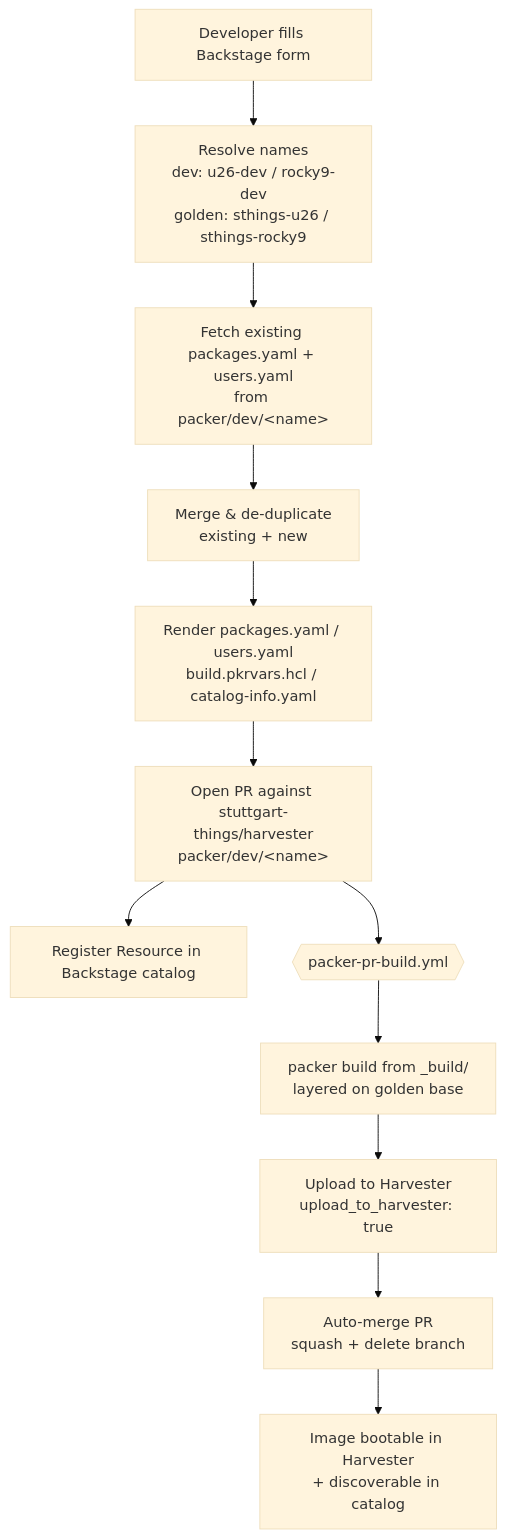
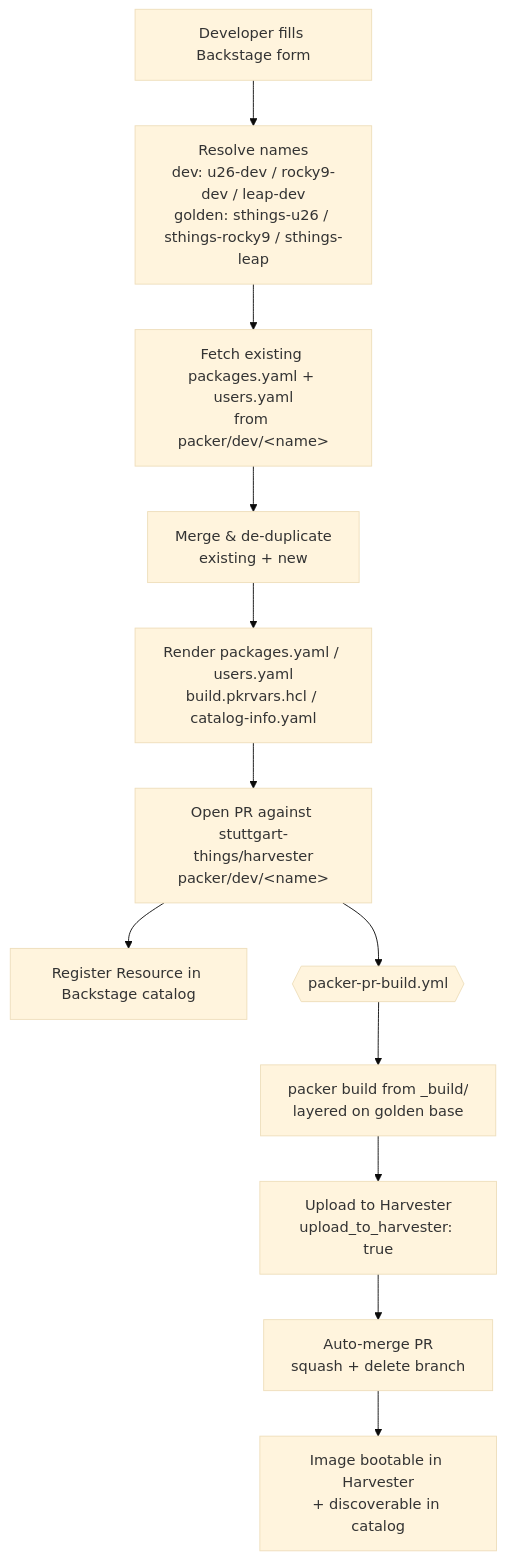
Before and after one commit to stuttgart-things/backstage-resources: the diagram in templates/harvester-packer-devimage/README.md, drawn with Mermaid (base theme). The commit also changed 6 other files, not shown here.

First line of the commit message:
feat(packer-templates): add openSUSE Leap (sthings-leap / leap-dev)

````diff
--- a/templates/harvester-packer-devimage/README.md
+++ b/templates/harvester-packer-devimage/README.md
@@ -20,14 +20,14 @@
 ```mermaid
 flowchart TD
-    A[Developer fills Backstage form] --> B[Resolve names<br/>dev: u26-dev / rocky9-dev<br/>golden: sthings-u26 / sthings-rocky9]
+    A[Developer fills Backstage form] --> B[Resolve names<br/>dev: u26-dev / rocky9-dev / leap-dev<br/>golden: sthings-u26 / sthings-rocky9 / sthings-leap]
     B --> C[Fetch existing packages.yaml + users.yaml<br/>from packer/dev/&lt;name&gt;]
     C --> D[Merge & de-duplicate<br/>existing + new]
     D --> E[Render packages.yaml / users.yaml<br/>build.pkrvars.hcl / catalog-info.yaml]
     E --> F[Open PR against stuttgart-things/harvester<br/>packer/dev/&lt;name&gt;]
     F --> G[Register Resource in Backstage catalog]
     F --> H{{packer-pr-build.yml}}
     H --> I[packer build from _build/<br/>layered on golden base]
     I --> J[Upload to Harvester<br/>upload_to_harvester: true]
     J --> K[Auto-merge PR<br/>squash + delete branch]
     K --> L[Image bootable in Harvester<br/>+ discoverable in catalog]
 ```
````
